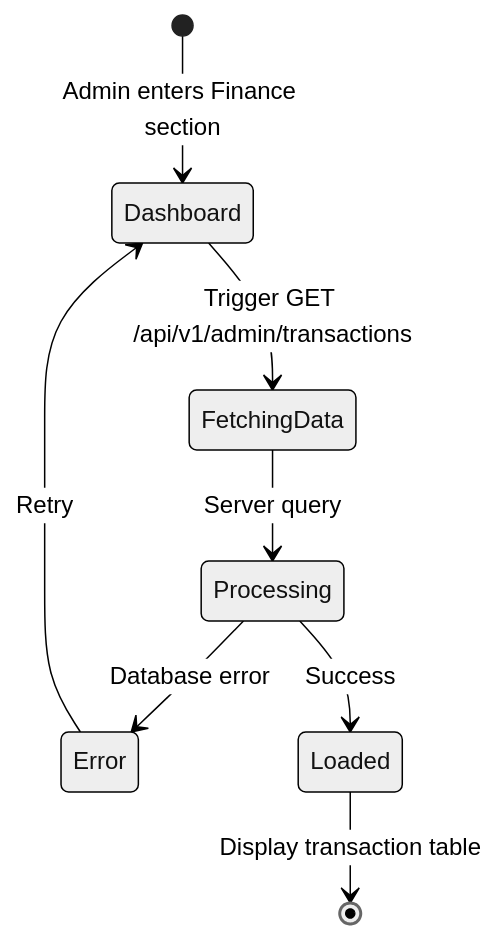
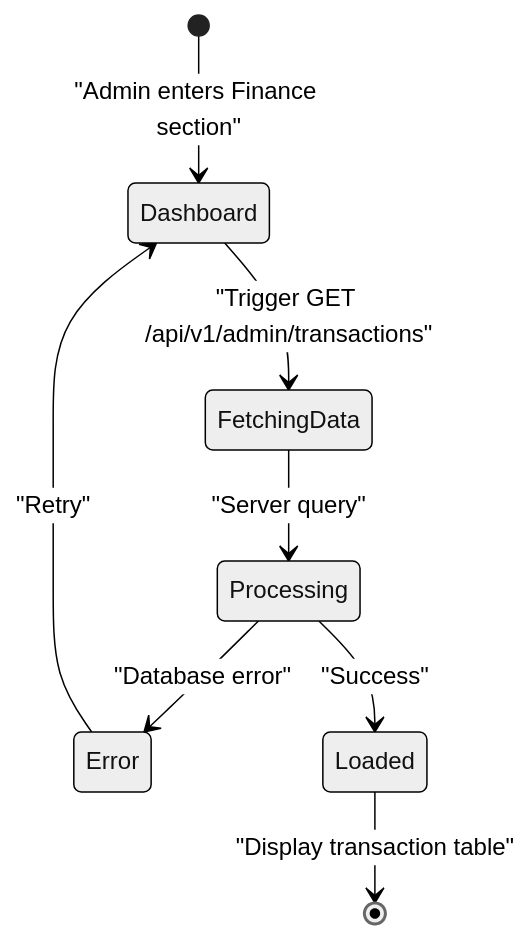
Diagram 41 of 44 in UC_Backend_Design_Details.md (dat-21/SWD392), drawn with Mermaid (neutral theme) before and after one commit. The commit also changed other lines of this file and 2 other files, not shown here.

Commit message:
style: Standardize Mermaid state diagram transition label formatting by adding quotes and a space before the colon.

````diff
--- a/UC_Backend_Design_Details.md
+++ b/UC_Backend_Design_Details.md
@@ -869,10 +869,10 @@
 ```mermaid
 stateDiagram-v2
-    [*] --> Dashboard: Admin enters Finance section
-    Dashboard --> FetchingData: Trigger GET /api/v1/admin/transactions
-    FetchingData --> Processing: Server query
-    Processing --> Error: Database error
-    Processing --> Loaded: Success
-    Error --> Dashboard: Retry
-    Loaded --> [*]: Display transaction table
+    [*] --> Dashboard : "Admin enters Finance section"
+    Dashboard --> FetchingData : "Trigger GET /api/v1/admin/transactions"
+    FetchingData --> Processing : "Server query"
+    Processing --> Error : "Database error"
+    Processing --> Loaded : "Success"
+    Error --> Dashboard : "Retry"
+    Loaded --> [*] : "Display transaction table"
 ```
````
